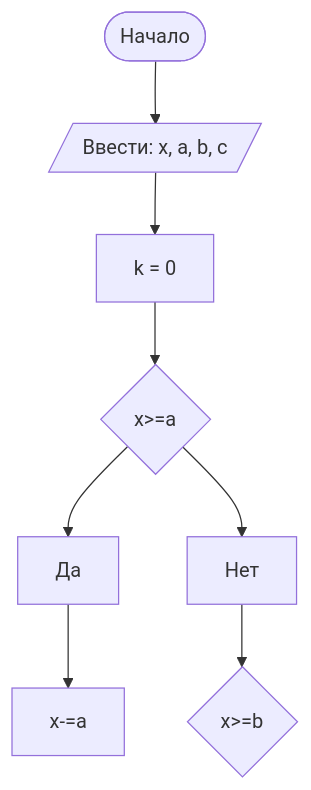
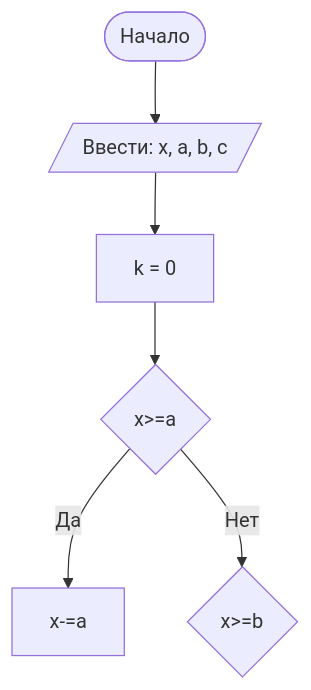
Before and after one commit to DariaVazh/Lab1: the diagram in README.md, drawn with Mermaid.

````diff
--- a/README.md
+++ b/README.md
@@ -42,8 +42,8 @@
 ```mermaid
 graph TD
     A([Начало]) --> B[/Ввести: x, a, b, c/]
     B --> C[k = 0]
     C --> D{x>=a}
-    D --> Да --> E[x-=a]
-    D --> Нет --> F{x>=b}
+    D -- Да --> E[x-=a]
+    D -- Нет --> F{x>=b}
 ``` 
````
